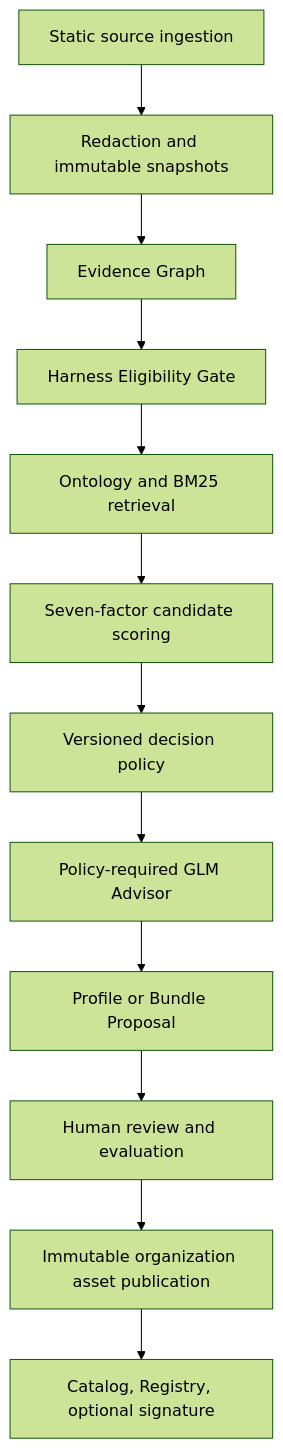
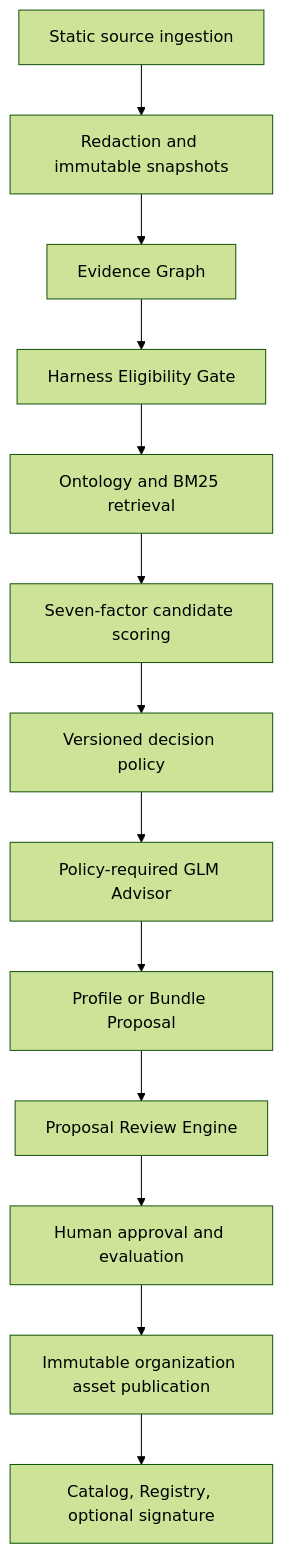
One commit to yeliang-wang/evopilot-harness changed the second of 2 diagrams in docs/architecture/overview.md. Above: the diagram before and after it, drawn with Mermaid (forest theme). The commit also changed other lines of this file and 53 other files, not shown here.

````diff
--- a/docs/architecture/overview.md
+++ b/docs/architecture/overview.md
@@ -20,14 +20,15 @@
 ```mermaid
 flowchart TD
   Ingest["Static source ingestion"] --> Snapshot["Redaction and immutable snapshots"]
   Snapshot --> Graph["Evidence Graph"]
   Graph --> Eligibility["Harness Eligibility Gate"]
   Eligibility --> Retrieval["Ontology and BM25 retrieval"]
   Retrieval --> Scoring["Seven-factor candidate scoring"]
   Scoring --> Decision["Versioned decision policy"]
   Decision --> Advisor["Policy-required GLM Advisor"]
   Advisor --> Proposal["Profile or Bundle Proposal"]
-  Proposal --> Review["Human review and evaluation"]
-  Review --> Publish["Immutable organization asset publication"]
+  Proposal --> Review["Proposal Review Engine"]
+  Review --> Human["Human approval and evaluation"]
+  Human --> Publish["Immutable organization asset publication"]
   Publish --> Catalog["Catalog, Registry, optional signature"]
 ```
````
